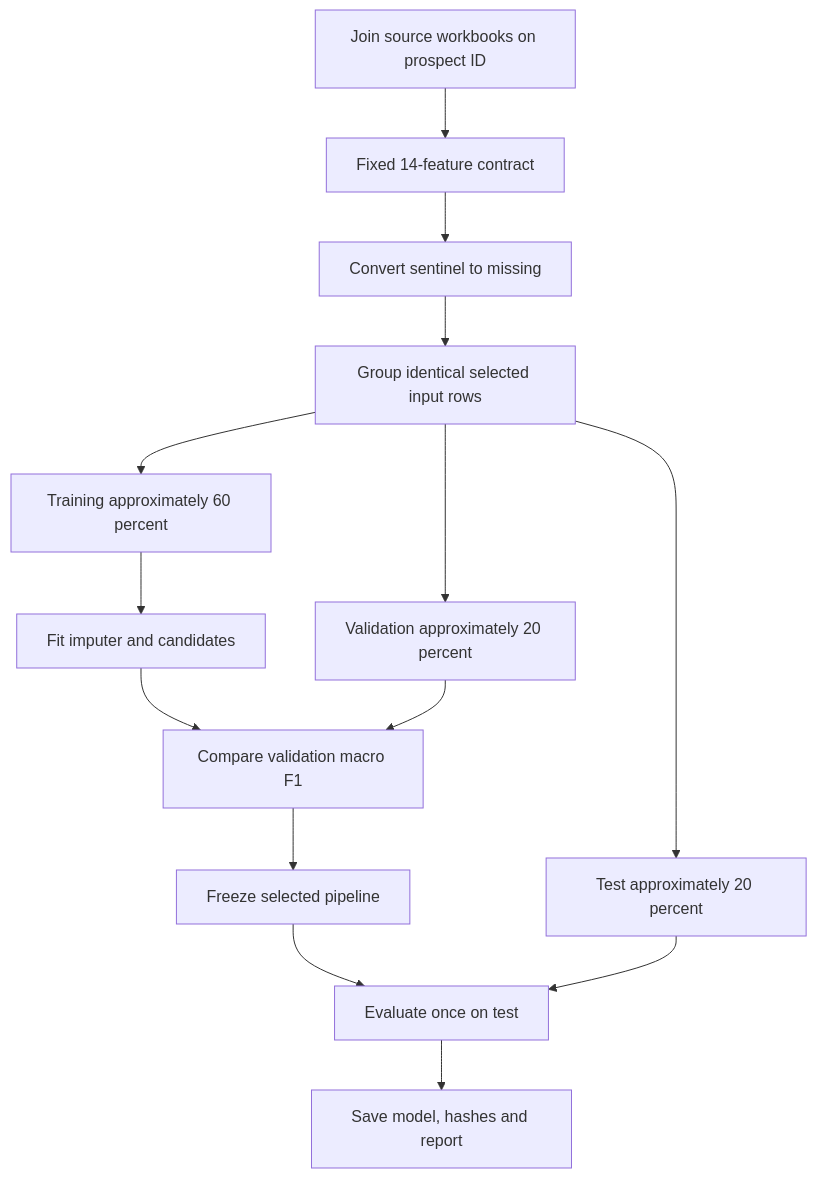
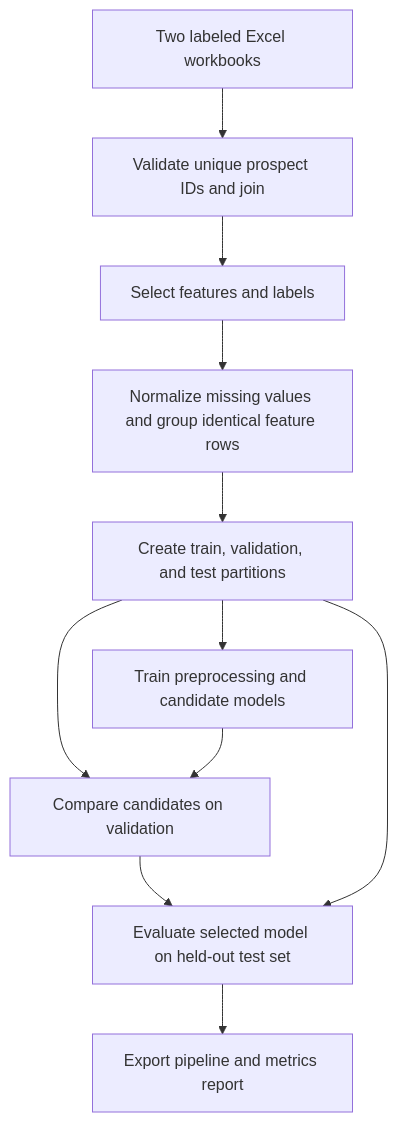
The third of 5 diagrams in README.md (subhashdixit/credit-risk-classifier), drawn with Mermaid before and after one commit. The commit also changed other lines of this file and 1 other file, not shown here.

Commit message:
Document project architecture and add app screenshot (#5)

````diff
--- a/README.md
+++ b/README.md
@@ -195,16 +89,13 @@
 ```mermaid
 flowchart TD
-    A[Join source workbooks on prospect ID] --> B[Fixed 14-feature contract]
-    B --> C[Convert sentinel to missing]
-    C --> D[Group identical selected input rows]
-    D --> E[Training approximately 60 percent]
-    D --> F[Validation approximately 20 percent]
-    D --> G[Test approximately 20 percent]
-    E --> H[Fit imputer and candidates]
-    H --> I[Compare validation macro F1]
-    F --> I
-    I --> J[Freeze selected pipeline]
-    J --> K[Evaluate once on test]
-    G --> K
-    K --> L[Save model, hashes and report]
+    A[Two labeled Excel workbooks] --> B[Validate unique prospect IDs and join]
+    B --> C[Select features and labels]
+    C --> D[Normalize missing values and group identical feature rows]
+    D --> E[Create train, validation, and test partitions]
+    E --> F[Train preprocessing and candidate models]
+    E --> G[Compare candidates on validation]
+    F --> G
+    G --> H[Evaluate selected model on held-out test set]
+    E --> H
+    H --> I[Export pipeline and metrics report]
 ```
````
